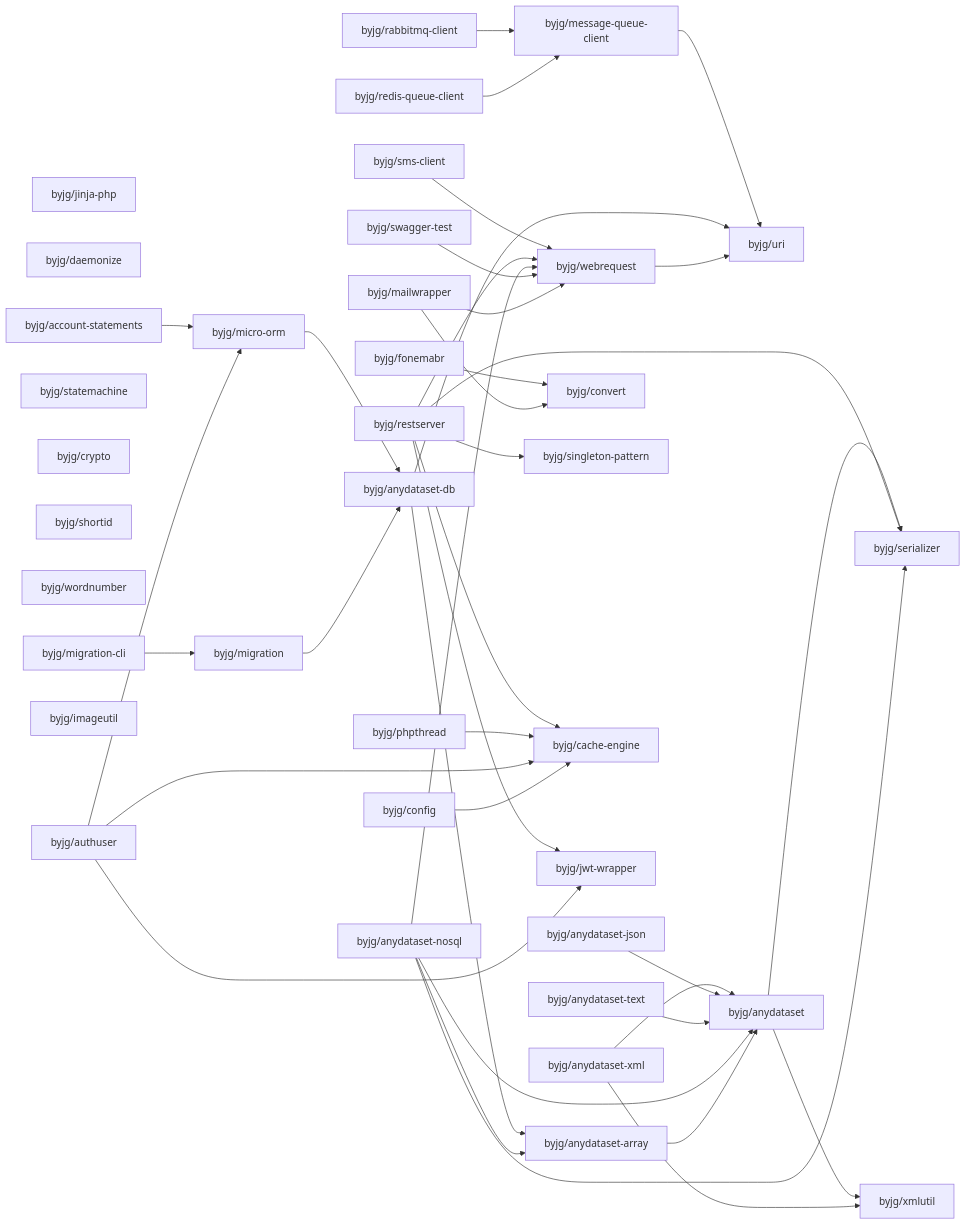
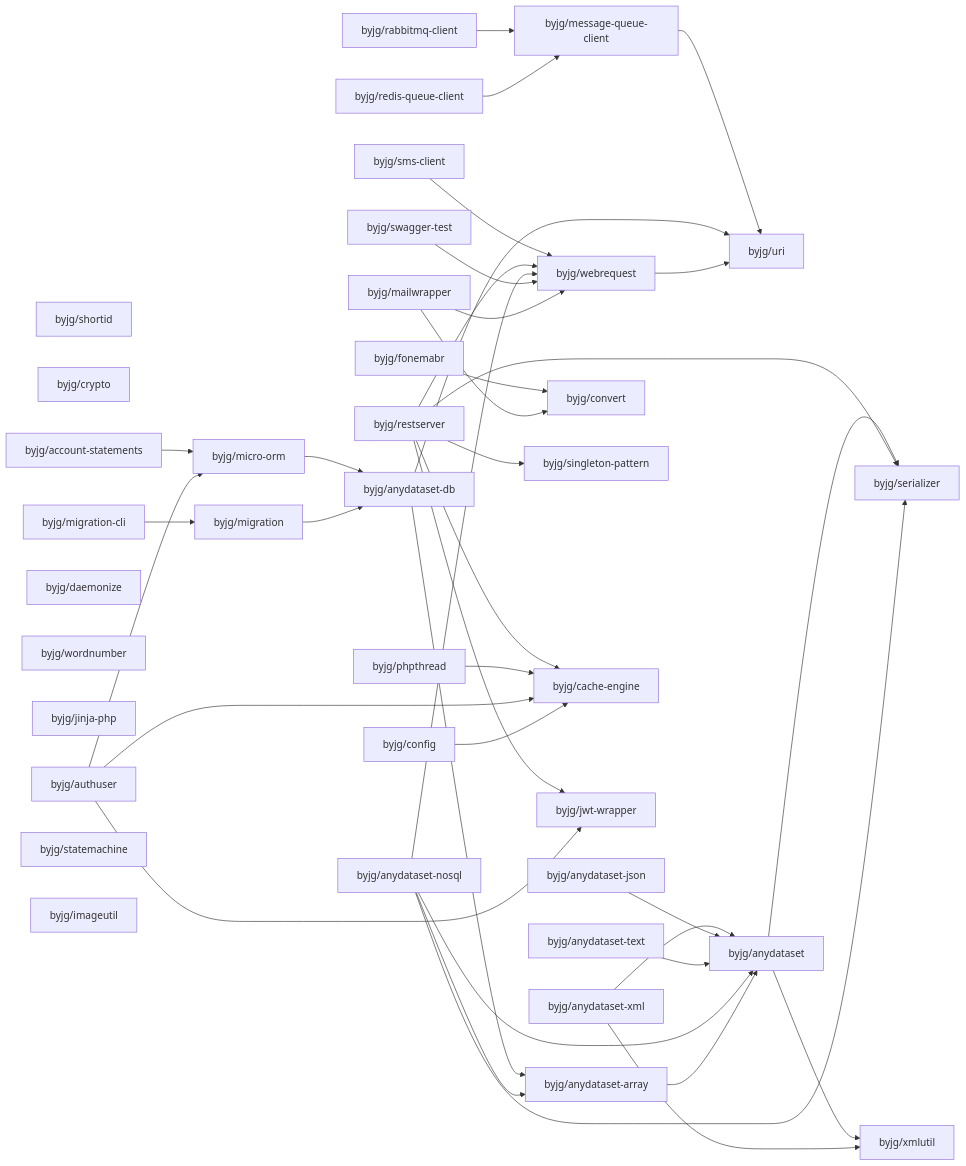
One commit to byjg/byjg.github.io changed the diagram in docs/php/README.md. Above: the diagram before and after it, drawn with Mermaid. The commit also changed other lines of this file, not shown here.

Commit message:
Update documentation 'php' 'php-migration'

````diff
--- a/docs/php/README.md
+++ b/docs/php/README.md
@@ -3,76 +3,76 @@
 ```mermaid
 graph LR;
+  byjg/shortid;
+  byjg/fonemabr;
+  byjg/crypto;
+  byjg/redis-queue-client;
+  byjg/authuser;
+  byjg/swagger-test;
+  byjg/account-statements;
+  byjg/sms-client;
+  byjg/daemonize;
+  byjg/anydataset-xml;
+  byjg/anydataset-text;
+  byjg/config;
+  byjg/rabbitmq-client;
+  byjg/anydataset-json;
+  byjg/phpthread;
+  byjg/wordnumber;
   byjg/jinja-php;
-  byjg/daemonize;
+  byjg/mailwrapper;
+  byjg/restserver;
+  byjg/anydataset-nosql;
   byjg/migration-cli;
   byjg/statemachine;
-  byjg/rabbitmq-client;
-  byjg/crypto;
-  byjg/shortid;
-  byjg/redis-queue-client;
-  byjg/config;
-  byjg/anydataset-nosql;
-  byjg/phpthread;
-  byjg/anydataset-text;
-  byjg/fonemabr;
-  byjg/wordnumber;
-  byjg/account-statements;
-  byjg/mailwrapper;
-  byjg/swagger-test;
   byjg/imageutil;
-  byjg/authuser;
-  byjg/anydataset-xml;
-  byjg/restserver;
-  byjg/anydataset-json;
-  byjg/sms-client;
-  byjg/migration;
+  byjg/micro-orm;
   byjg/message-queue-client;
   byjg/convert;
-  byjg/micro-orm;
   byjg/singleton-pattern;
   byjg/cache-engine;
   byjg/jwt-wrapper;
   byjg/webrequest;
+  byjg/migration;
   byjg/anydataset-db;
   byjg/anydataset-array;
   byjg/uri;
   byjg/anydataset;
   byjg/serializer;
   byjg/xmlutil;
   byjg/account-statements --> byjg/micro-orm;
   byjg/message-queue-client --> byjg/uri;
   byjg/anydataset --> byjg/serializer;
   byjg/anydataset --> byjg/xmlutil;
   byjg/rabbitmq-client --> byjg/message-queue-client;
   byjg/anydataset-xml --> byjg/anydataset;
   byjg/anydataset-xml --> byjg/xmlutil;
   byjg/sms-client --> byjg/webrequest;
   byjg/anydataset-db --> byjg/anydataset-array;
   byjg/anydataset-db --> byjg/uri;
   byjg/micro-orm --> byjg/anydataset-db;
   byjg/anydataset-json --> byjg/anydataset;
   byjg/restserver --> byjg/serializer;
   byjg/restserver --> byjg/singleton-pattern;
   byjg/restserver --> byjg/cache-engine;
   byjg/restserver --> byjg/webrequest;
   byjg/restserver --> byjg/jwt-wrapper;
   byjg/webrequest --> byjg/uri;
   byjg/anydataset-text --> byjg/anydataset;
   byjg/redis-queue-client --> byjg/message-queue-client;
   byjg/phpthread --> byjg/cache-engine;
   byjg/authuser --> byjg/micro-orm;
   byjg/authuser --> byjg/cache-engine;
   byjg/authuser --> byjg/jwt-wrapper;
   byjg/config --> byjg/cache-engine;
   byjg/fonemabr --> byjg/convert;
   byjg/anydataset-nosql --> byjg/anydataset;
   byjg/anydataset-nosql --> byjg/anydataset-array;
   byjg/anydataset-nosql --> byjg/serializer;
   byjg/anydataset-nosql --> byjg/webrequest;
   byjg/anydataset-array --> byjg/anydataset;
   byjg/swagger-test --> byjg/webrequest;
   byjg/migration-cli --> byjg/migration;
   byjg/migration --> byjg/anydataset-db;
   byjg/mailwrapper --> byjg/convert;
   byjg/mailwrapper --> byjg/webrequest;
 ```
````
